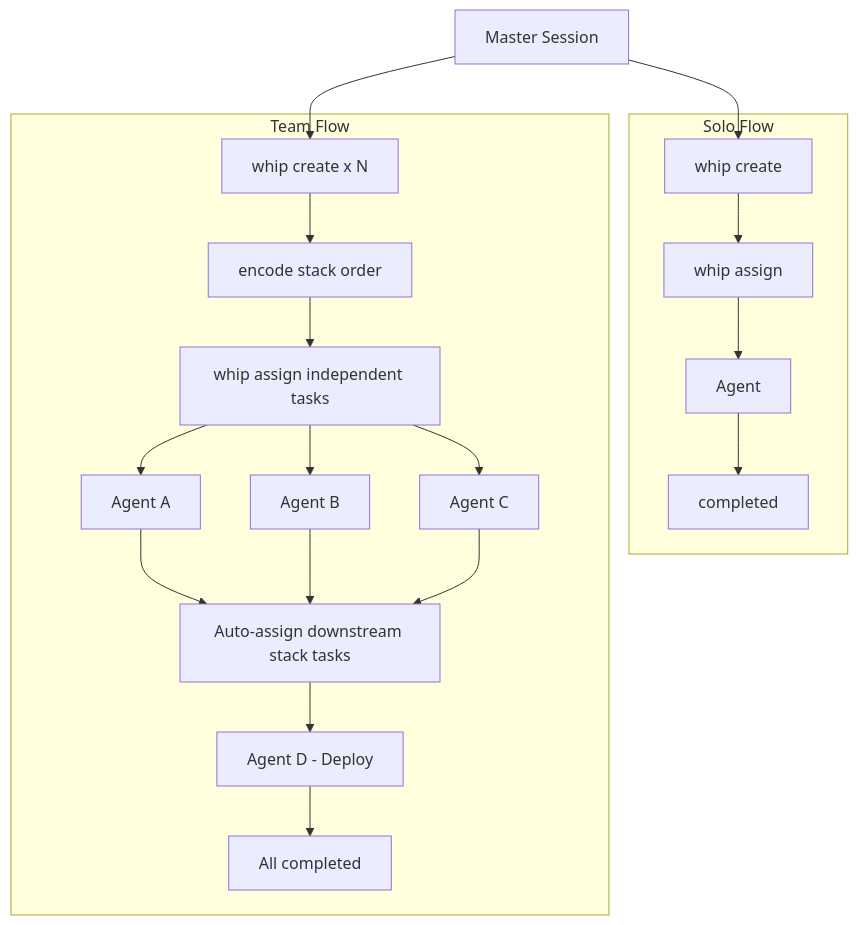
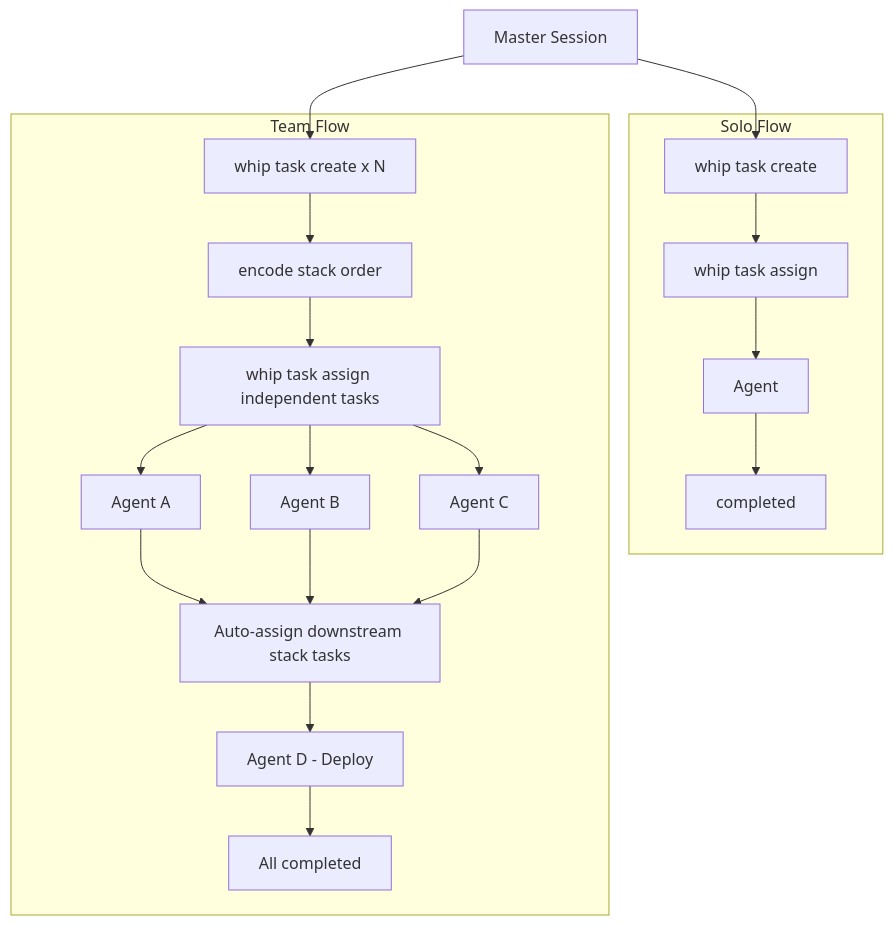
One commit to DongGukMon/ai-tools changed the second of 3 diagrams in whip/docs/workflow-en.md. Above: the diagram before and after it, drawn with Mermaid. The commit also changed other lines of this file and 44 other files, not shown here.

````diff
--- a/whip/docs/workflow-en.md
+++ b/whip/docs/workflow-en.md
@@ -284,26 +297,26 @@
 ```mermaid
 flowchart TB
     Master[Master Session]
 
     subgraph "Solo Flow"
-        S_Create[whip create] --> S_Assign[whip assign]
+        S_Create[whip task create] --> S_Assign[whip task assign]
         S_Assign --> S_Agent[Agent]
         S_Agent --> S_Done[completed]
     end
 
     subgraph "Team Flow"
-        T_Create[whip create x N] --> T_Dep[encode stack order]
-        T_Dep --> T_Assign[whip assign independent tasks]
+        T_Create[whip task create x N] --> T_Dep[encode stack order]
+        T_Dep --> T_Assign[whip task assign independent tasks]
         T_Assign --> T_A1[Agent A]
         T_Assign --> T_A2[Agent B]
         T_Assign --> T_A3[Agent C]
         T_A1 --> T_Auto[Auto-assign downstream stack tasks]
         T_A2 --> T_Auto
         T_A3 --> T_Auto
         T_Auto --> T_A4[Agent D - Deploy]
         T_A4 --> T_Done[All completed]
     end
 
     Master --> S_Create
     Master --> T_Create
 ```
````
